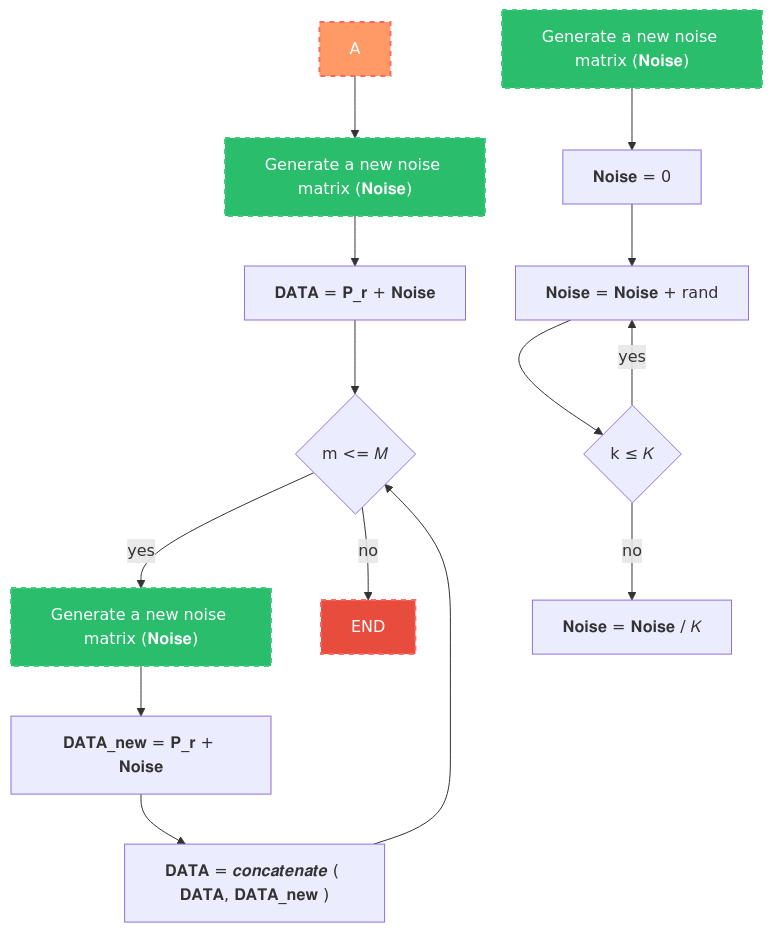
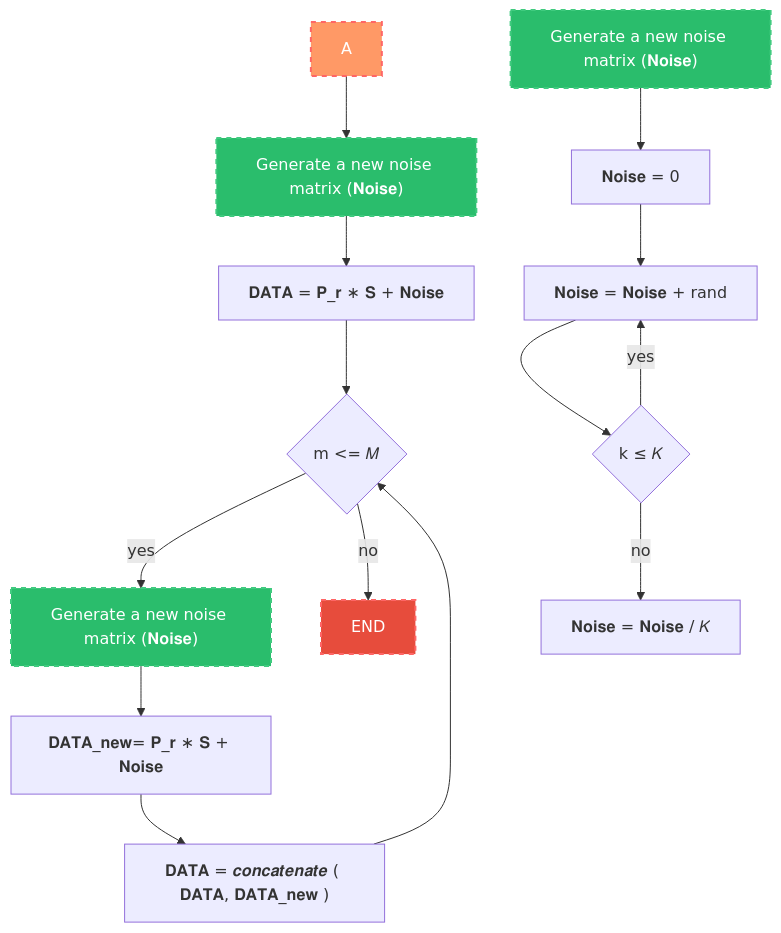
Before and after one commit to anakings/Tesis: the second of 2 diagrams in README.md, drawn with Mermaid. The commit also changed other lines of this file, not shown here.

````diff
--- a/README.md
+++ b/README.md
@@ -47,23 +47,23 @@
 ```mermaid
     graph
     noise_1[A] --> ADD1["Generate a new noise matrix (𝐍𝐨𝐢𝐬𝐞)"]
     style ADD1 fill:#2ABD6C,stroke:#40CB7F,stroke-width:2px,color:#fff,stroke-dasharray: 5 5
-    ADD1 --> noise_2["𝐃𝐀𝐓𝐀 = 𝐏_𝐫 + 𝐍𝐨𝐢𝐬𝐞"]
+    ADD1 --> noise_2["𝐃𝐀𝐓𝐀 = 𝐏_𝐫 ∗ 𝐒 + 𝐍𝐨𝐢𝐬𝐞"]
     style noise_1 fill:#f96,stroke:#f66,stroke-width:2px,color:#fff,stroke-dasharray: 5 5
     noise_2 --> noise_3{"m <= 𝑀"}
     noise_3 --> |yes|noise_5["Generate a new noise matrix (𝐍𝐨𝐢𝐬𝐞)"]
     style noise_5 fill:#2ABD6C,stroke:#40CB7F,stroke-width:2px,color:#fff,stroke-dasharray: 5 5
-    noise_5 --> noise_6["𝐃𝐀𝐓𝐀_𝐧𝐞𝐰 = 𝐏_𝐫 + 𝐍𝐨𝐢𝐬𝐞"]
+    noise_5 --> noise_6["𝐃𝐀𝐓𝐀_𝐧𝐞𝐰= 𝐏_𝐫 ∗ 𝐒 + 𝐍𝐨𝐢𝐬𝐞"]
     noise_6 --> noise_7["𝐃𝐀𝐓𝐀 = 𝒄𝒐𝒏𝒄𝒂𝒕𝒆𝒏𝒂𝒕𝒆 ( 𝐃𝐀𝐓𝐀, 𝐃𝐀𝐓𝐀_𝐧𝐞𝐰 )"]
     noise_7 --> noise_3
     
     noise_3 --> |no|noise_4[END]
     style noise_4 fill:#E74C3C,stroke:#f66,stroke-width:2px,color:#fff,stroke-dasharray: 5 5
 
     id_1["Generate a new noise matrix (𝐍𝐨𝐢𝐬𝐞)"] --> id_2["𝐍𝐨𝐢𝐬𝐞 = 0"]
     style id_1 fill:#2ABD6C,stroke:#40CB7F,stroke-width:2px,color:#fff,stroke-dasharray: 5 5
     id_2 --> id_3["𝐍𝐨𝐢𝐬𝐞 = 𝐍𝐨𝐢𝐬𝐞 + rand"]
     id_3 --> id_4{"k ≤ 𝐾"}
     id_4 --> |yes|id_3
     id_4 --> |no|id_5["𝐍𝐨𝐢𝐬𝐞 = 𝐍𝐨𝐢𝐬𝐞 / 𝐾"]
 ```
````
